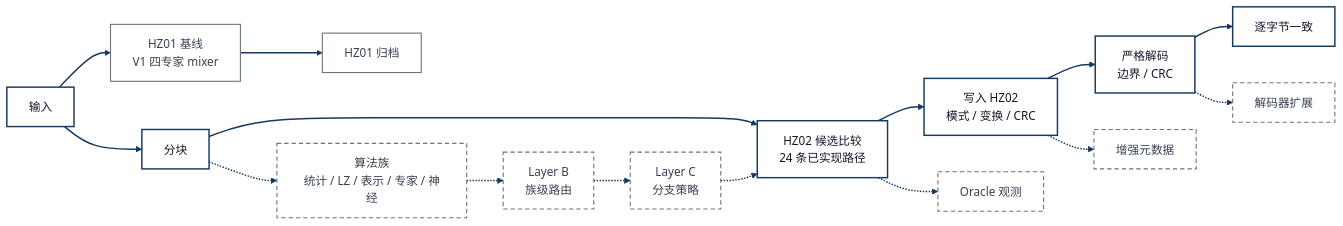
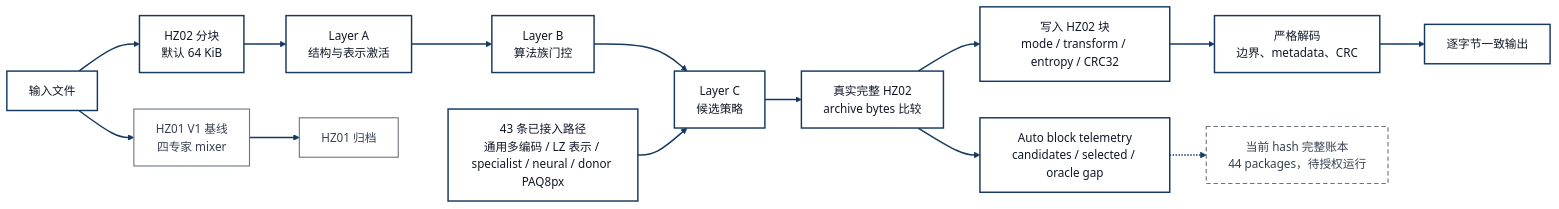
One commit to KennethParkerWang/HybridZip changed the diagram in figures/hybridzip-current-architecture.md. Above: the diagram before and after it, drawn with Mermaid. The commit also changed other lines of this file and 129 other files, not shown here.

````diff
--- a/figures/hybridzip-current-architecture.md
+++ b/figures/hybridzip-current-architecture.md
@@ -5,19 +7,24 @@
 ```mermaid
-%% Logical Mermaid companion. Use hybridzip-current-architecture.svg/.png for the fixed 16:9 PPT figure.
-%% Solid = implemented. Dashed = planned but not integrated.
+%% Solid = source-integrated HZ02 capability. Dashed = runtime evidence still pending.
 flowchart LR
-    input[输入] --> blocks[分块] --> compare[HZ02 候选比较<br/>24 条已实现路径] --> archive[写入 HZ02<br/>模式 / 变换 / CRC] --> decoder[严格解码<br/>边界 / CRC] --> output[逐字节一致]
-    input --> hz01[HZ01 基线<br/>V1 四专家 mixer] --> hz01out[HZ01 归档]
-    blocks -.-> families[算法族<br/>统计 / LZ / 表示 / 专家 / 神经] -.-> layerB[Layer B<br/>族级路由] -.-> layerC[Layer C<br/>分支策略] -.-> compare
-    compare -.-> oracle[Oracle 观测]
-    archive -.-> metadata[增强元数据]
-    decoder -.-> extension[解码器扩展]
+    input[输入文件] --> blocks[HZ02 分块<br/>默认 64 KiB]
+    blocks --> layerA[Layer A<br/>结构与表示激活]
+    layerA --> layerB[Layer B<br/>算法族门控]
+    layerB --> layerC[Layer C<br/>候选策略]
+    families[43 条已接入路径<br/>通用多编码 / LZ 表示 / specialist / neural / donor PAQ8px] --> layerC
+    layerC --> compare[真实完整 HZ02<br/>archive bytes 比较]
+    compare --> archive[写入 HZ02 块<br/>mode / transform / entropy / CRC32]
+    archive --> decoder[严格解码<br/>边界、metadata、CRC]
+    decoder --> output[逐字节一致输出]
+    input --> hz01[HZ01 V1 基线<br/>四专家 mixer] --> hz01archive[HZ01 归档]
+    compare --> telemetry[Auto block telemetry<br/>candidates / selected / oracle gap]
+    telemetry -.-> ledger[当前 hash 完整账本<br/>44 packages，待授权运行]
 
     classDef current fill:#FFFFFF,stroke:#163A5F,stroke-width:2px,color:#111827;
     classDef baseline fill:#FFFFFF,stroke:#6B7280,stroke-width:1.5px,color:#374151;
-    classDef planned fill:#FFFFFF,stroke:#6B7280,stroke-width:1.5px,stroke-dasharray:6 4,color:#374151;
-    class input,blocks,compare,archive,decoder,output current;
-    class hz01,hz01out baseline;
-    class families,layerB,layerC,oracle,metadata,extension planned;
+    classDef pending fill:#FFFFFF,stroke:#6B7280,stroke-width:1.5px,stroke-dasharray:6 4,color:#374151;
+    class input,blocks,layerA,layerB,layerC,families,compare,archive,decoder,output,telemetry current;
+    class hz01,hz01archive baseline;
+    class ledger pending;
     linkStyle default stroke:#163A5F,stroke-width:2px;
 ```
````
